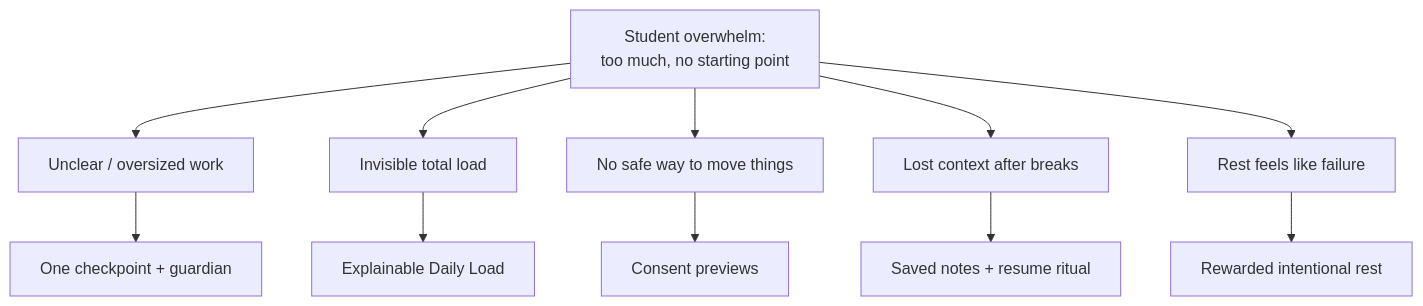
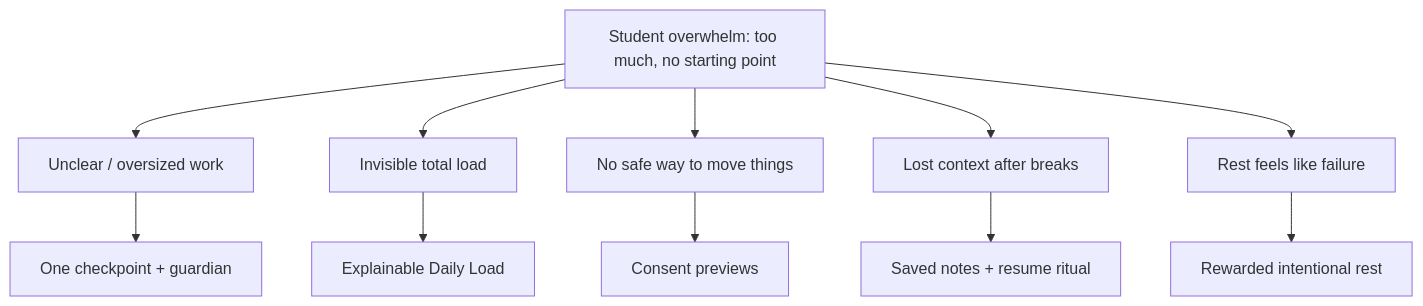
The first of 2 diagrams in SUBMISSION.md (CSL06/PaceTown), drawn with Mermaid before and after one commit. The commit also changed other lines of this file, not shown here.

````diff
--- a/SUBMISSION.md
+++ b/SUBMISSION.md
@@ -60,14 +60,14 @@
 ```mermaid
 flowchart TB
-    P[Student overwhelm:\ntoo much, no starting point]
+    P[Student overwhelm: too much, no starting point]
     P --> C1[Unclear / oversized work]
     P --> C2[Invisible total load]
     P --> C3[No safe way to move things]
     P --> C4[Lost context after breaks]
     P --> C5[Rest feels like failure]
     C1 --> S1[One checkpoint + guardian]
     C2 --> S2[Explainable Daily Load]
     C3 --> S3[Consent previews]
     C4 --> S4[Saved notes + resume ritual]
     C5 --> S5[Rewarded intentional rest]
 ```
````
